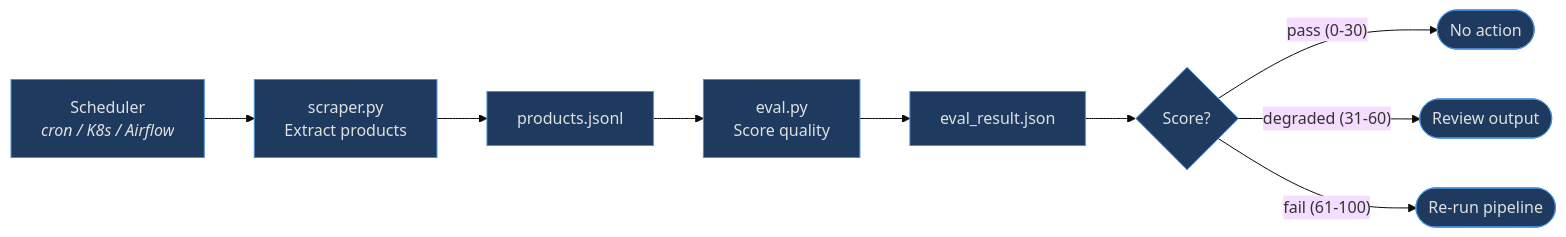
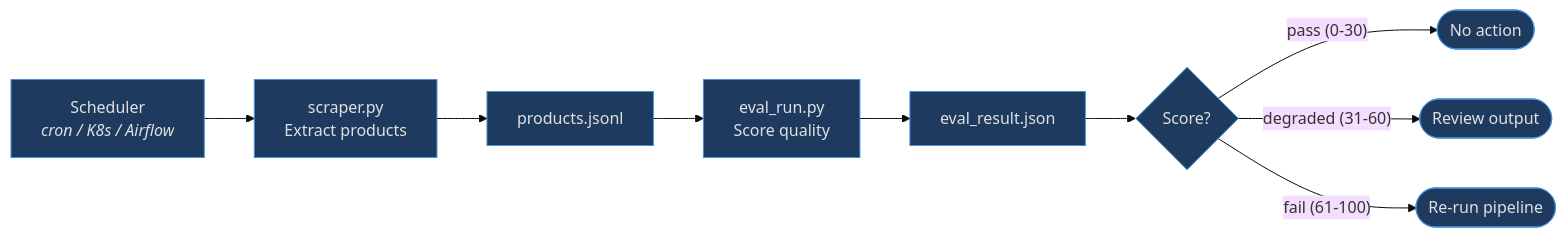
Before and after one commit to oginskis/dark-factory: the second of 3 diagrams in README.md, drawn with Mermaid (base theme). The commit also changed other lines of this file and 7 other files, not shown here.

````diff
--- a/README.md
+++ b/README.md
@@ -45,13 +45,13 @@
 ```mermaid
 flowchart LR
     CRON["Scheduler<br/><i>cron / K8s / Airflow</i>"]
     CRON --> SCRAPER["scraper.py<br/>Extract products"]
     SCRAPER --> PRODUCTS["products.jsonl"]
-    PRODUCTS --> EVAL["eval.py<br/>Score quality"]
+    PRODUCTS --> EVAL["eval_run.py<br/>Score quality"]
     EVAL --> RESULT["eval_result.json"]
     RESULT --> CHECK{"Score?"}
     CHECK -->|"pass (0-30)"| OK(["No action"])
     CHECK -->|"degraded (31-60)"| REVIEW(["Review output"])
     CHECK -->|"fail (61-100)"| REGEN(["Re-run pipeline"])
     classDef default fill:#1e3a5f,stroke:#4a90d9,color:#e0e0e0
 ```
````
